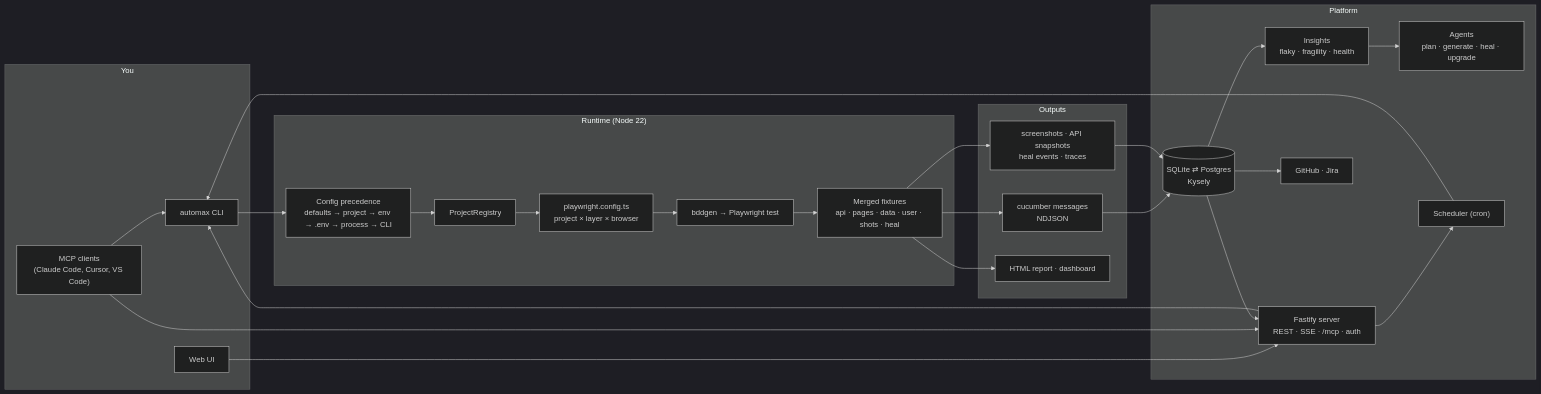
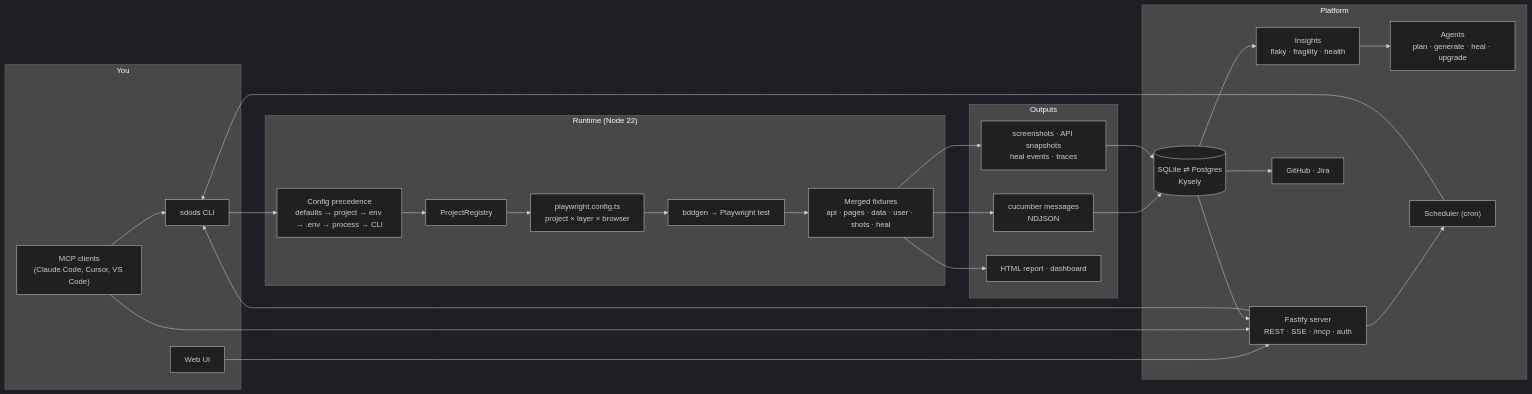
The first of 2 diagrams in README.md (YarlisAISolutions/SDODS), drawn with Mermaid (dark theme) before and after one commit. The commit also changed other lines of this file and 466 other files, not shown here.

First line of the commit message:
Rebrand to SDODS: packages, CLI, config, brand marks

````diff
--- a/README.md
+++ b/README.md
@@ -102,38 +125,38 @@
 ```mermaid
 flowchart LR
   subgraph you["You"]
-    CLI["automax CLI"]
+    CLI["sdods CLI"]
     UI["Web UI"]
     MCPc["MCP clients<br/>(Claude Code, Cursor, VS Code)"]
   end
   subgraph runtime["Runtime (Node 22)"]
     CFG["Config precedence<br/>defaults → project → env → .env → process → CLI"]
     REG["ProjectRegistry"]
     PW["playwright.config.ts<br/>project × layer × browser"]
     BDD["bddgen → Playwright test"]
     FIX["Merged fixtures<br/>api · pages · data · user · shots · heal"]
   end
   subgraph out["Outputs"]
     NDJ["cucumber messages<br/>NDJSON"]
     ART["screenshots · API snapshots<br/>heal events · traces"]
     HTML["HTML report · dashboard"]
   end
   subgraph platform["Platform"]
     DB[("SQLite ⇄ Postgres<br/>Kysely")]
     SRV["Fastify server<br/>REST · SSE · /mcp · auth"]
     INS["Insights<br/>flaky · fragility · health"]
     AG["Agents<br/>plan · generate · heal · upgrade"]
     INT["GitHub · Jira"]
     SCH["Scheduler (cron)"]
   end
   CLI --> CFG --> REG --> PW --> BDD --> FIX
   UI --> SRV --> CLI
   MCPc --> SRV
   MCPc --> CLI
   FIX --> NDJ & ART & HTML
   NDJ --> DB --> INS --> AG
   ART --> DB
   DB --> SRV
   SRV --> SCH --> CLI
   DB --> INT
 ```
````
